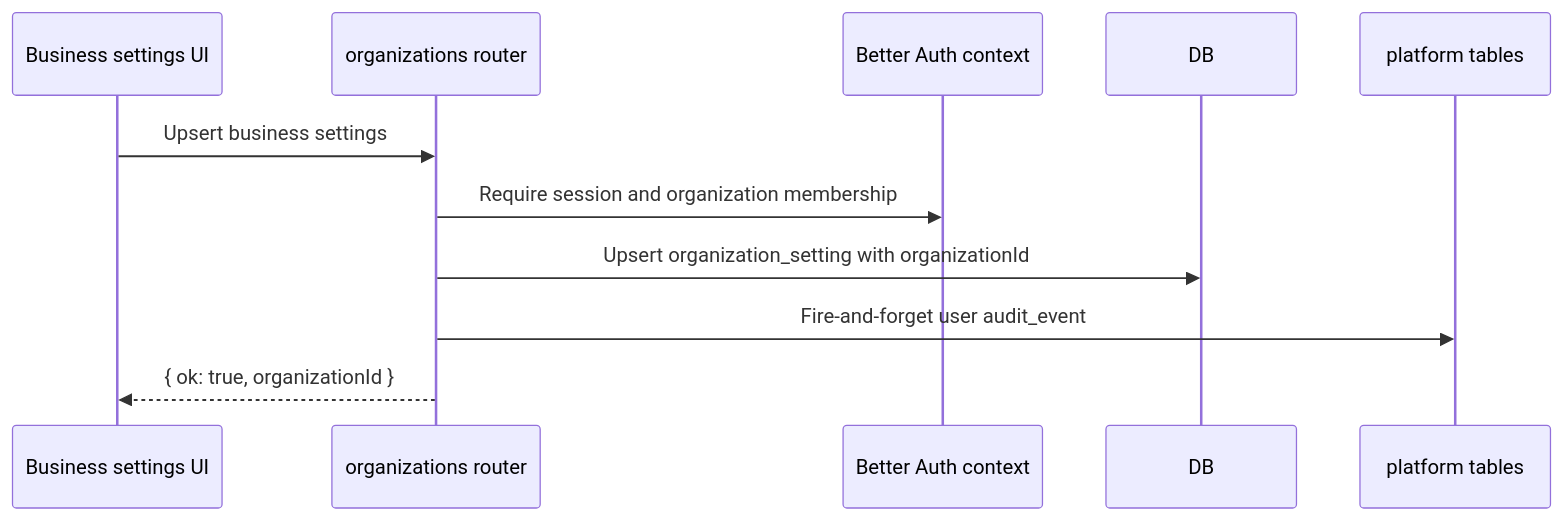
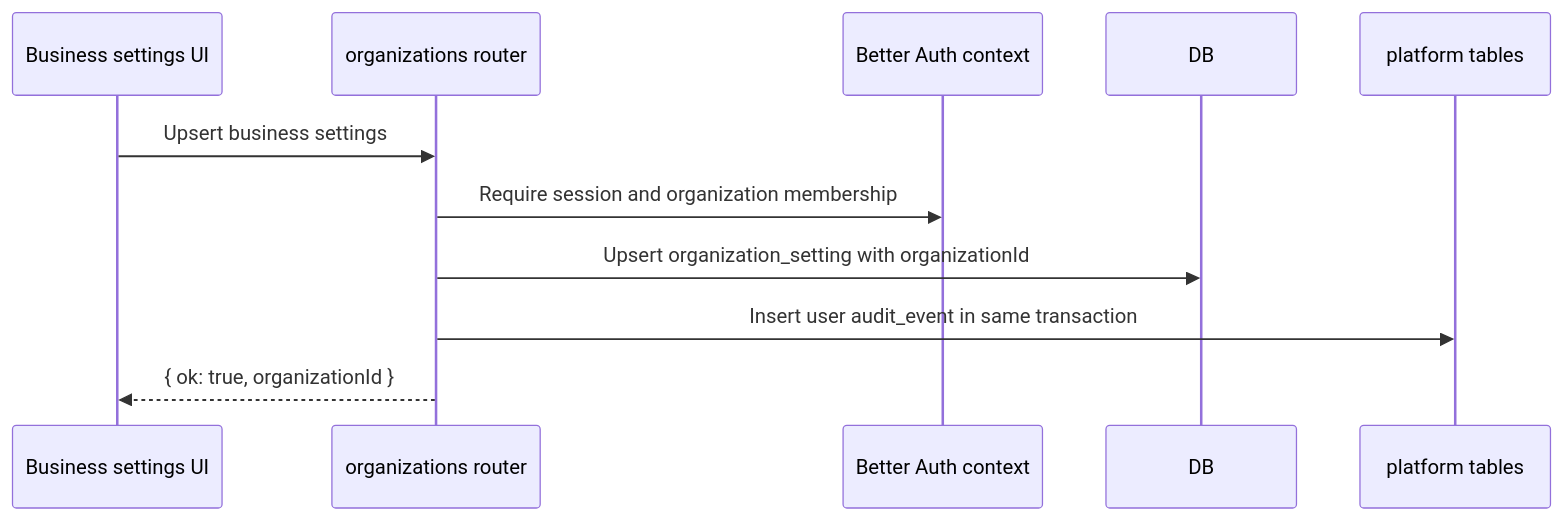
Before and after one commit to isherbuilds/edernal-books: the second of 2 diagrams in docs/superpowers/plans/2026-06-16-phase-00-platform-foundation-implementation-plan.md, drawn with Mermaid. The commit also changed other lines of this file and 95 other files, not shown here.

````diff
--- a/docs/superpowers/plans/2026-06-16-phase-00-platform-foundation-implementation-plan.md
+++ b/docs/superpowers/plans/2026-06-16-phase-00-platform-foundation-implementation-plan.md
@@ -61,14 +64,14 @@
 ```mermaid
 sequenceDiagram
   participant UI as Business settings UI
   participant API as organizations router
   participant Auth as Better Auth context
   participant DB as DB
   participant Tables as platform tables
 
   UI->>API: Upsert business settings
   API->>Auth: Require session and organization membership
   API->>DB: Upsert organization_setting with organizationId
-  API->>Tables: Fire-and-forget user audit_event
+  API->>Tables: Insert user audit_event in same transaction
   API-->>UI: { ok: true, organizationId }
 ```
````
